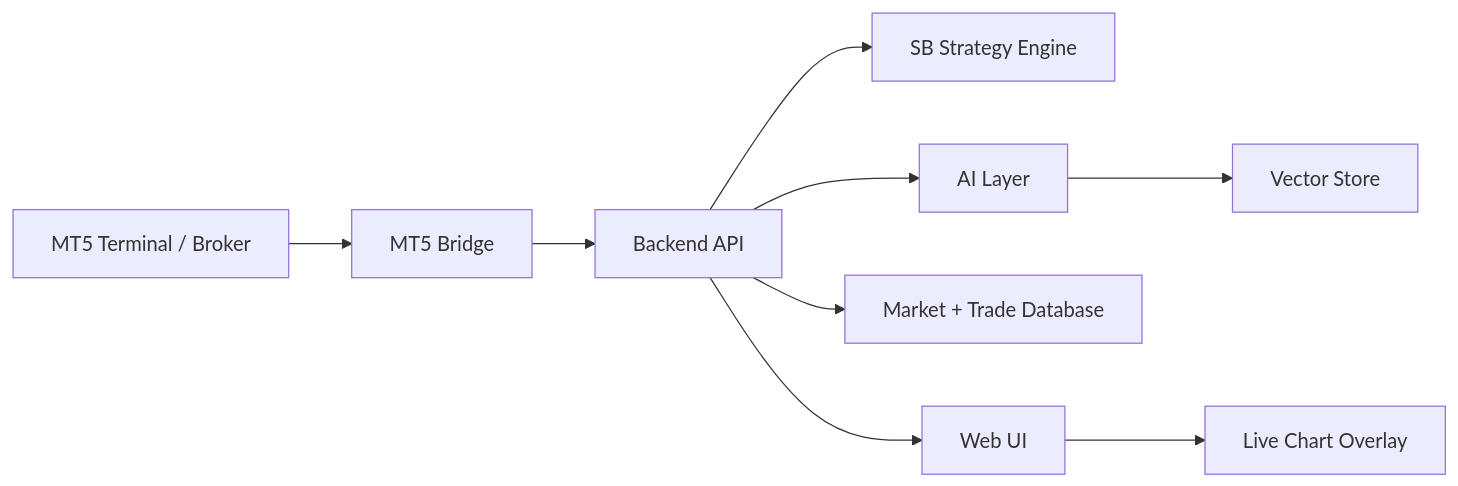
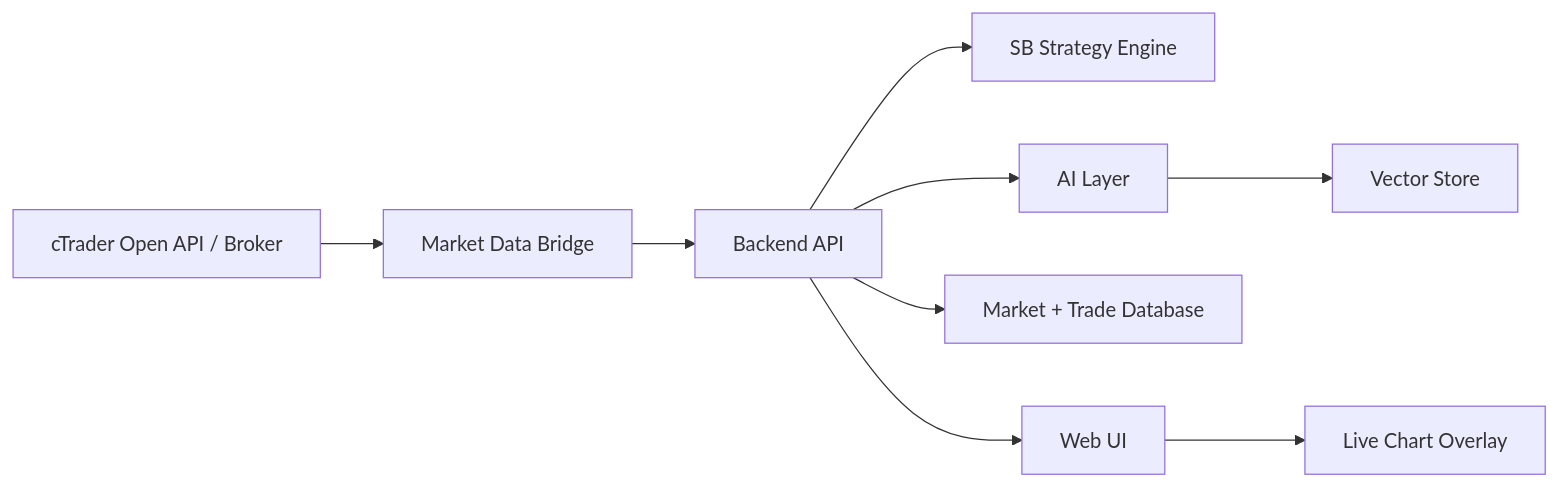
One commit to Viet2206/sb_trading_system changed the diagram in INSTRUCTIONS.md. Above: the diagram before and after it, drawn with Mermaid. The commit also changed other lines of this file and 9 other files, not shown here.

Commit message:
Add cTrader Open API polling

````diff
--- a/INSTRUCTIONS.md
+++ b/INSTRUCTIONS.md
@@ -59,20 +60,20 @@
 ```mermaid
 flowchart LR
-  MT5["MT5 Terminal / Broker"]
-  Bridge["MT5 Bridge"]
+  Broker["cTrader Open API / Broker"]
+  Bridge["Market Data Bridge"]
   Backend["Backend API"]
   Engine["SB Strategy Engine"]
   AI["AI Layer"]
   DB["Market + Trade Database"]
   Vector["Vector Store"]
   UI["Web UI"]
   Chart["Live Chart Overlay"]
 
-  MT5 --> Bridge --> Backend
+  Broker --> Bridge --> Backend
   Backend --> Engine
   Backend --> AI
   Backend --> DB
   AI --> Vector
   Backend --> UI
   UI --> Chart
 ```
````
